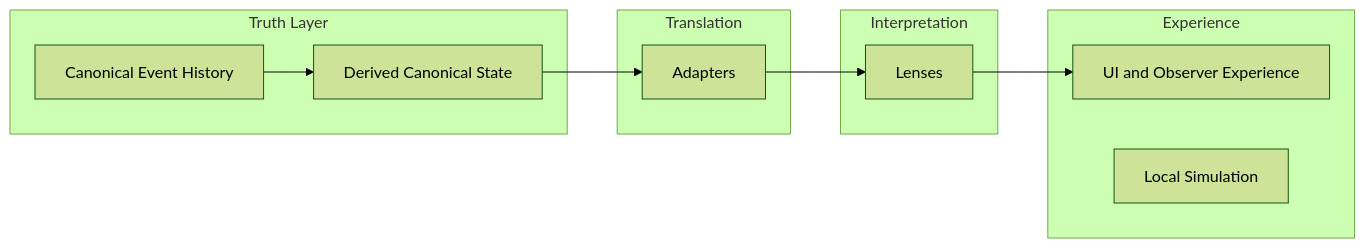
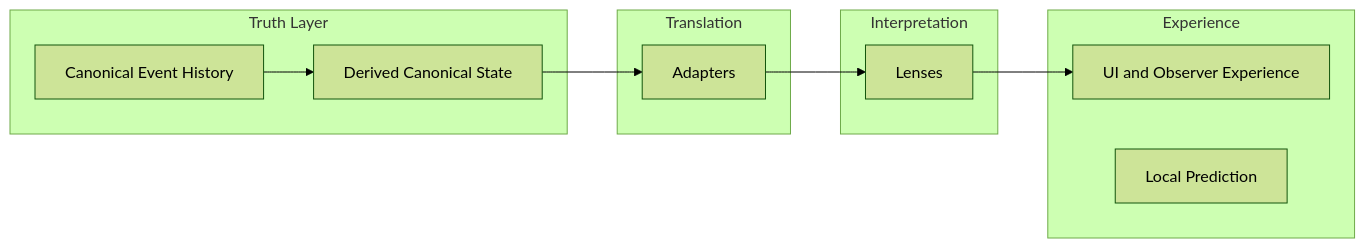
Before and after one commit to godofthunder101/crypsa-architecture: the diagram in CrypSA_In_5_Minutes.md, drawn with Mermaid (forest theme). The commit also changed other lines of this file, not shown here.

Commit message:
Update CrypSA documentation with infrastructure details
Added reference to CrypSA's infrastructure implications and updated local simulation to local prediction in the experience section.

`````diff
--- a/CrypSA_In_5_Minutes.md
+++ b/CrypSA_In_5_Minutes.md
@@ -87,26 +91,26 @@
 ```mermaid
 flowchart LR
 
 subgraph Truth Layer
 A[Canonical Event History]
 B[Derived Canonical State]
 end
 
 subgraph Translation
 C[Adapters]
 end
 
 subgraph Interpretation
 D[Lenses]
 end
 
 subgraph Experience
 E[UI and Observer Experience]
-F[Local Simulation]
+F[Local Prediction]
 end
 
 A --> B
 B --> C
 C --> D
 D --> E
-````
+```
`````
